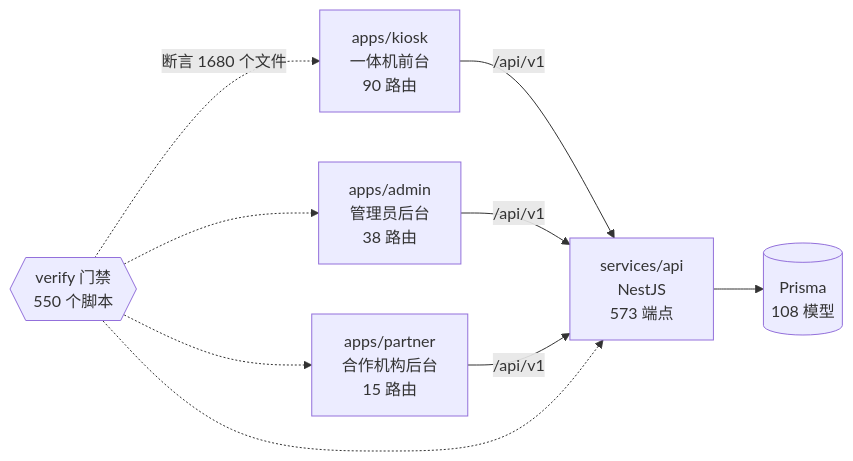
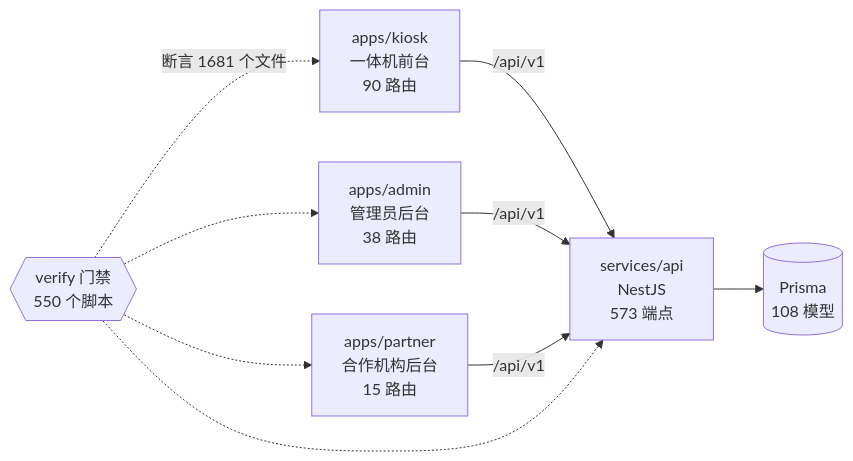
Before and after one commit to wanglei581/YITIJI: the diagram in docs/graph/README.md, drawn with Mermaid. The commit also changed other lines of this file and 2 other files, not shown here.

Commit message:
chore(graph): regenerate

````diff
--- a/docs/graph/README.md
+++ b/docs/graph/README.md
@@ -68,18 +68,18 @@
 ```mermaid
 flowchart LR
   kiosk["apps/kiosk<br/>一体机前台<br/>90 路由"]
   admin["apps/admin<br/>管理员后台<br/>38 路由"]
   partner["apps/partner<br/>合作机构后台<br/>15 路由"]
   api["services/api<br/>NestJS<br/>573 端点"]
   db[("Prisma<br/>108 模型")]
   gates{{"verify 门禁<br/>550 个脚本"}}
 
   kiosk -->|"/api/v1"| api
   admin -->|"/api/v1"| api
   partner -->|"/api/v1"| api
   api --> db
-  gates -.->|"断言 1680 个文件"| kiosk
+  gates -.->|"断言 1681 个文件"| kiosk
   gates -.-> admin
   gates -.-> partner
   gates -.-> api
 ```
````
